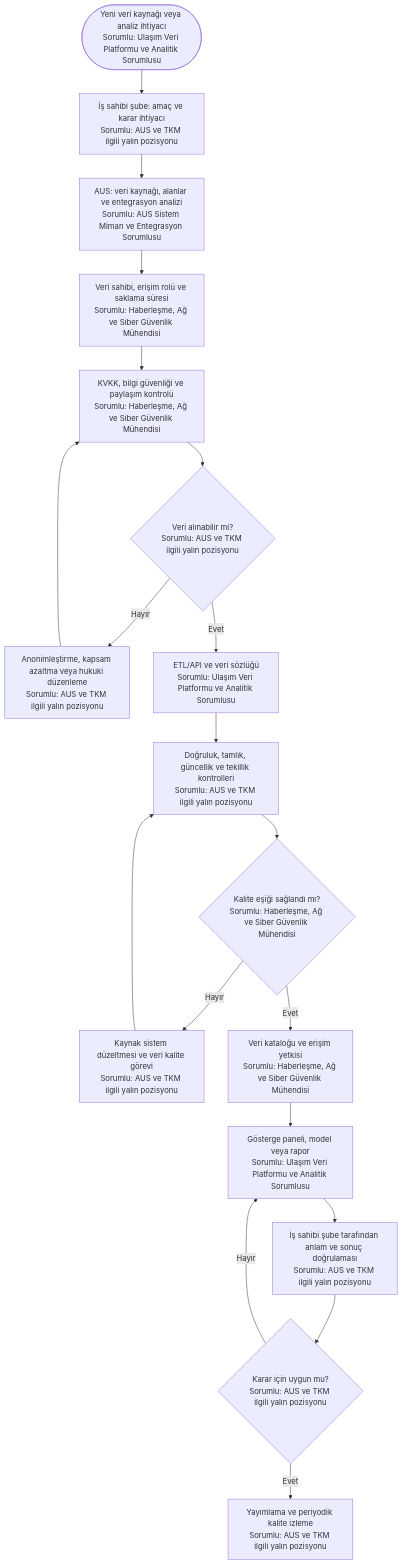
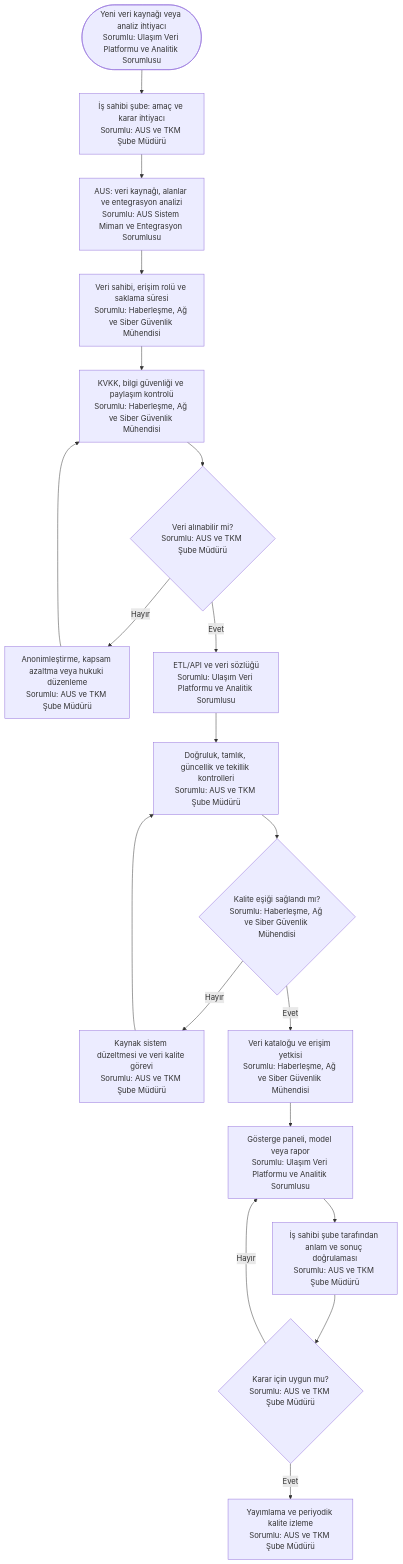
Before and after one commit to merdaergen-create/Ulasim_Dairesi_Is_Analizi: the second of 5 diagrams in 11_yalin_surec_haritalari_sorumlulari_belirtilmis/akilli_ulasim/README.md, drawn with Mermaid. The commit also changed other lines of this file and 9 other files, not shown here.

Commit message:
Yalın süreç haritalarını koruyarak kesin sorumlu pozisyonları ekle

````diff
--- a/11_yalin_surec_haritalari_sorumlulari_belirtilmis/akilli_ulasim/README.md
+++ b/11_yalin_surec_haritalari_sorumlulari_belirtilmis/akilli_ulasim/README.md
@@ -53,21 +53,21 @@
 ```mermaid
 flowchart TD
-    A([Yeni veri kaynağı veya analiz ihtiyacı<br/>Sorumlu: Ulaşım Veri Platformu ve Analitik Sorumlusu]) --> B[İş sahibi şube: amaç ve karar ihtiyacı<br/>Sorumlu: AUS ve TKM ilgili yalın pozisyonu]
+    A([Yeni veri kaynağı veya analiz ihtiyacı<br/>Sorumlu: Ulaşım Veri Platformu ve Analitik Sorumlusu]) --> B[İş sahibi şube: amaç ve karar ihtiyacı<br/>Sorumlu: AUS ve TKM Şube Müdürü]
     B --> C[AUS: veri kaynağı, alanlar ve entegrasyon analizi<br/>Sorumlu: AUS Sistem Mimarı ve Entegrasyon Sorumlusu]
     C --> D[Veri sahibi, erişim rolü ve saklama süresi<br/>Sorumlu: Haberleşme, Ağ ve Siber Güvenlik Mühendisi]
     D --> E[KVKK, bilgi güvenliği ve paylaşım kontrolü<br/>Sorumlu: Haberleşme, Ağ ve Siber Güvenlik Mühendisi]
-    E --> F{Veri alınabilir mi?<br/>Sorumlu: AUS ve TKM ilgili yalın pozisyonu}
-    F -- Hayır --> G[Anonimleştirme, kapsam azaltma veya hukuki düzenleme<br/>Sorumlu: AUS ve TKM ilgili yalın pozisyonu]
+    E --> F{Veri alınabilir mi?<br/>Sorumlu: AUS ve TKM Şube Müdürü}
+    F -- Hayır --> G[Anonimleştirme, kapsam azaltma veya hukuki düzenleme<br/>Sorumlu: AUS ve TKM Şube Müdürü]
     G --> E
     F -- Evet --> H[ETL/API ve veri sözlüğü<br/>Sorumlu: Ulaşım Veri Platformu ve Analitik Sorumlusu]
-    H --> I[Doğruluk, tamlık, güncellik ve tekillik kontrolleri<br/>Sorumlu: AUS ve TKM ilgili yalın pozisyonu]
+    H --> I[Doğruluk, tamlık, güncellik ve tekillik kontrolleri<br/>Sorumlu: AUS ve TKM Şube Müdürü]
     I --> J{Kalite eşiği sağlandı mı?<br/>Sorumlu: Haberleşme, Ağ ve Siber Güvenlik Mühendisi}
-    J -- Hayır --> K[Kaynak sistem düzeltmesi ve veri kalite görevi<br/>Sorumlu: AUS ve TKM ilgili yalın pozisyonu]
+    J -- Hayır --> K[Kaynak sistem düzeltmesi ve veri kalite görevi<br/>Sorumlu: AUS ve TKM Şube Müdürü]
     K --> I
     J -- Evet --> L[Veri kataloğu ve erişim yetkisi<br/>Sorumlu: Haberleşme, Ağ ve Siber Güvenlik Mühendisi]
     L --> M[Gösterge paneli, model veya rapor<br/>Sorumlu: Ulaşım Veri Platformu ve Analitik Sorumlusu]
-    M --> N[İş sahibi şube tarafından anlam ve sonuç doğrulaması<br/>Sorumlu: AUS ve TKM ilgili yalın pozisyonu]
-    N --> O{Karar için uygun mu?<br/>Sorumlu: AUS ve TKM ilgili yalın pozisyonu}
+    M --> N[İş sahibi şube tarafından anlam ve sonuç doğrulaması<br/>Sorumlu: AUS ve TKM Şube Müdürü]
+    N --> O{Karar için uygun mu?<br/>Sorumlu: AUS ve TKM Şube Müdürü}
     O -- Hayır --> M
-    O -- Evet --> P[Yayımlama ve periyodik kalite izleme<br/>Sorumlu: AUS ve TKM ilgili yalın pozisyonu]
+    O -- Evet --> P[Yayımlama ve periyodik kalite izleme<br/>Sorumlu: AUS ve TKM Şube Müdürü]
 ```
````
